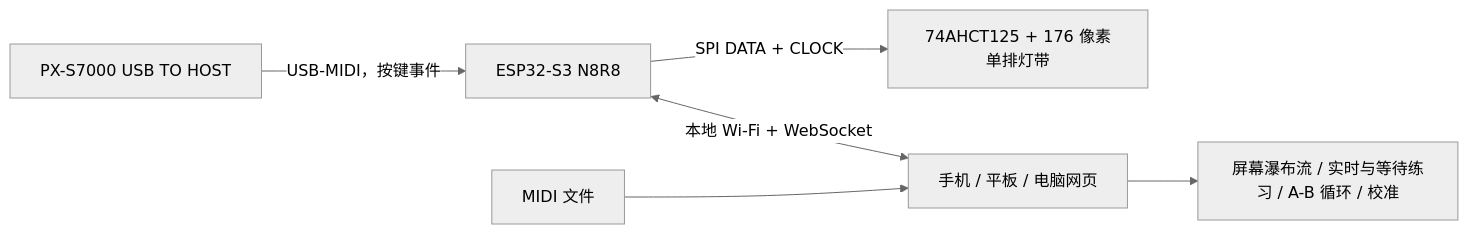
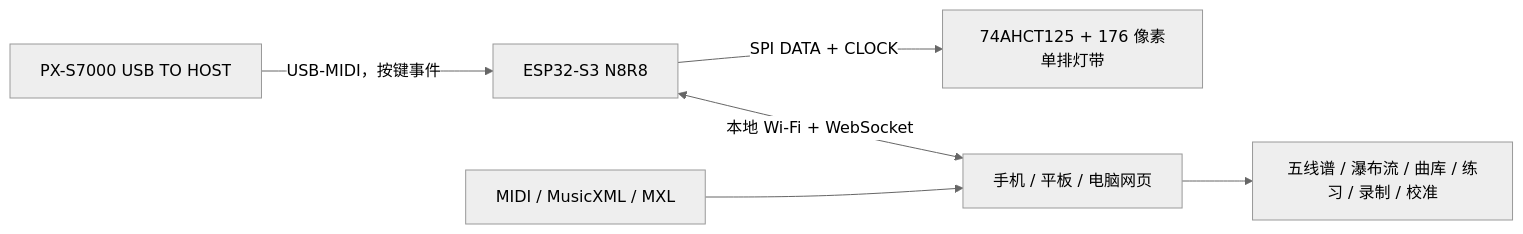
One commit to cheguevara-great-man/notefall88-px-s7000 changed the diagram in docs/architecture.md. Above: the diagram before and after it, drawn with Mermaid (neutral theme). The commit also changed other lines of this file and 35 other files, not shown here.

Commit message:
feat: add MusicXML library and performance recording

````diff
--- a/docs/architecture.md
+++ b/docs/architecture.md
@@ -7,8 +7,8 @@
 ```mermaid
 flowchart LR
   P["PX-S7000 USB TO HOST"] -->|"USB-MIDI，按键事件"| E["ESP32-S3 N8R8"]
   E -->|"SPI DATA + CLOCK"| L["74AHCT125 + 176 像素单排灯带"]
   E <-->|"本地 Wi-Fi + WebSocket"| W["手机 / 平板 / 电脑网页"]
-  F["MIDI 文件"] --> W
-  W --> V["屏幕瀑布流 / 实时与等待练习 / A-B 循环 / 校准"]
+  F["MIDI / MusicXML / MXL"] --> W
+  W --> V["五线谱 / 瀑布流 / 曲库 / 练习 / 录制 / 校准"]
 ```
````
